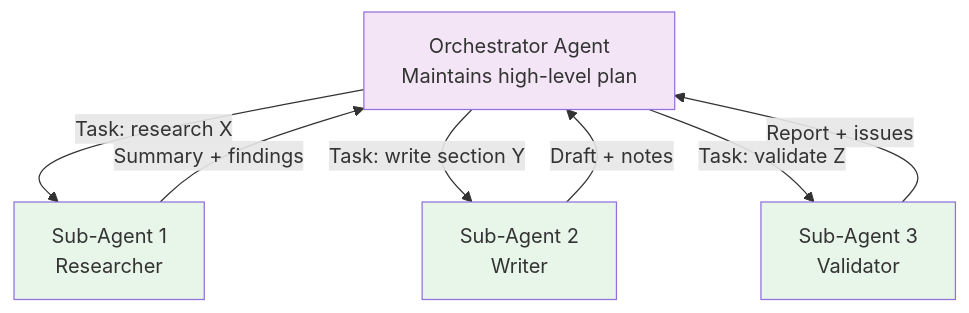
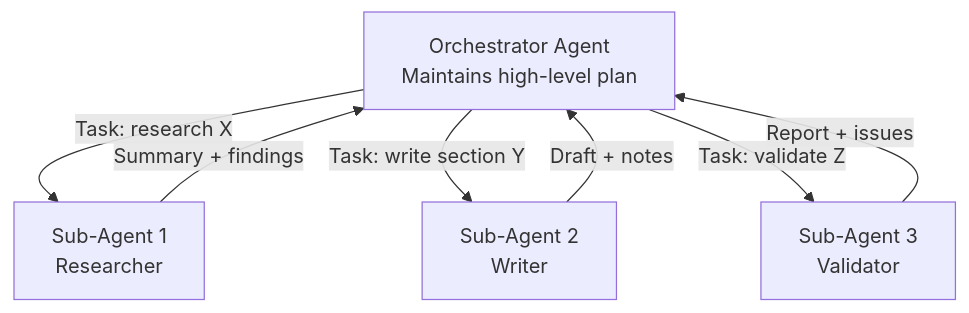
Before and after one commit to machinedge/building-effective-agents: diagram 14 of 21 in building-effective-agents.md, drawn with Mermaid. The commit also changed other lines of this file, not shown here.

Commit message:
removed fill colors in mermaid diagrams

````diff
--- a/building-effective-agents.md
+++ b/building-effective-agents.md
@@ -867,15 +837,10 @@
 ```mermaid
 graph TB
     O["Orchestrator Agent<br/>Maintains high-level plan"] -->|Task: research X| S1["Sub-Agent 1<br/>Researcher"]
     O -->|Task: write section Y| S2["Sub-Agent 2<br/>Writer"]
     O -->|Task: validate Z| S3["Sub-Agent 3<br/>Validator"]
 
     S1 -->|Summary + findings| O
     S2 -->|Draft + notes| O
     S3 -->|Report + issues| O
-
-    style O fill:#f3e5f5
-    style S1 fill:#e8f5e9
-    style S2 fill:#e8f5e9
-    style S3 fill:#e8f5e9
 ```
````
